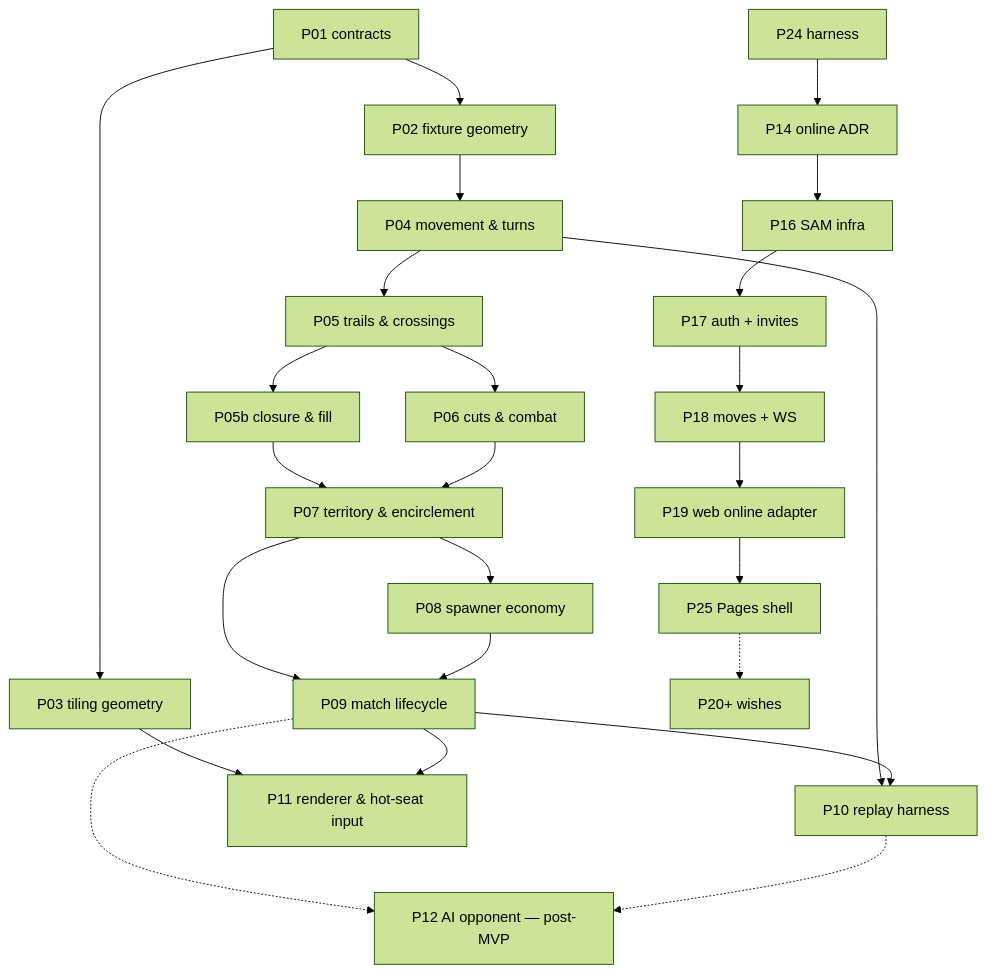
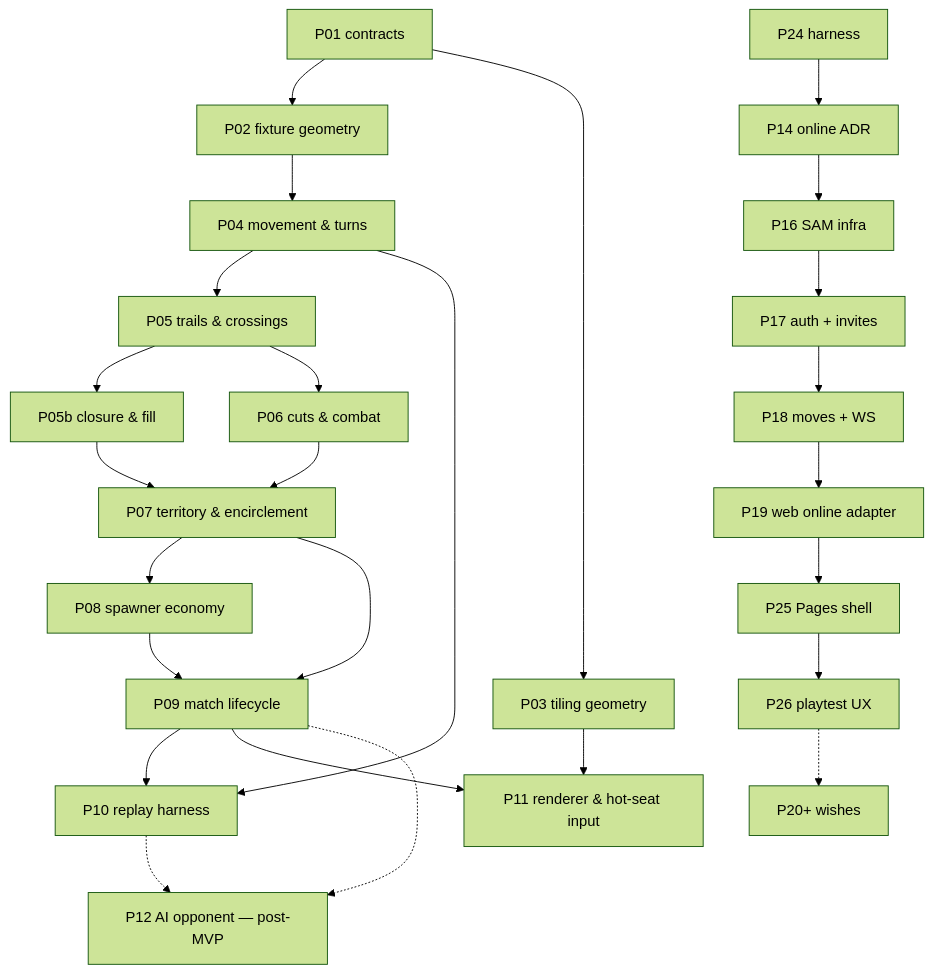
Before and after one commit to hochgi/arrows_conqueror: the diagram in docs/design/02-work-packets.md, drawn with Mermaid (forest theme). The commit also changed other lines of this file and 34 other files, not shown here.

````diff
--- a/docs/design/02-work-packets.md
+++ b/docs/design/02-work-packets.md
@@ -61,27 +62,28 @@
 ```mermaid
 flowchart TD
   P01["P01 contracts"] --> P02["P02 fixture geometry"]
   P01 --> P03["P03 tiling geometry"]
   P02 --> P04["P04 movement & turns"]
   P04 --> P05["P05 trails & crossings"]
   P05 --> P05B["P05b closure & fill"]
   P05 --> P06["P06 cuts & combat"]
   P05B --> P07["P07 territory & encirclement"]
   P06 --> P07
   P07 --> P08["P08 spawner economy"]
   P07 --> P09["P09 match lifecycle"]
   P08 --> P09
   P04 --> P10["P10 replay harness"]
   P09 --> P10
   P03 --> P11["P11 renderer & hot-seat input"]
   P09 --> P11
   P09 -.-> P12["P12 AI opponent — post-MVP"]
   P10 -.-> P12
   P24["P24 harness"] --> P14["P14 online ADR"]
   P14 --> P16["P16 SAM infra"]
   P16 --> P17["P17 auth + invites"]
   P17 --> P18["P18 moves + WS"]
   P18 --> P19["P19 web online adapter"]
   P19 --> P25["P25 Pages shell"]
-  P25 -.-> P20["P20+ wishes"]
+  P25 --> P26["P26 playtest UX"]
+  P26 -.-> P20["P20+ wishes"]
 ```
````
